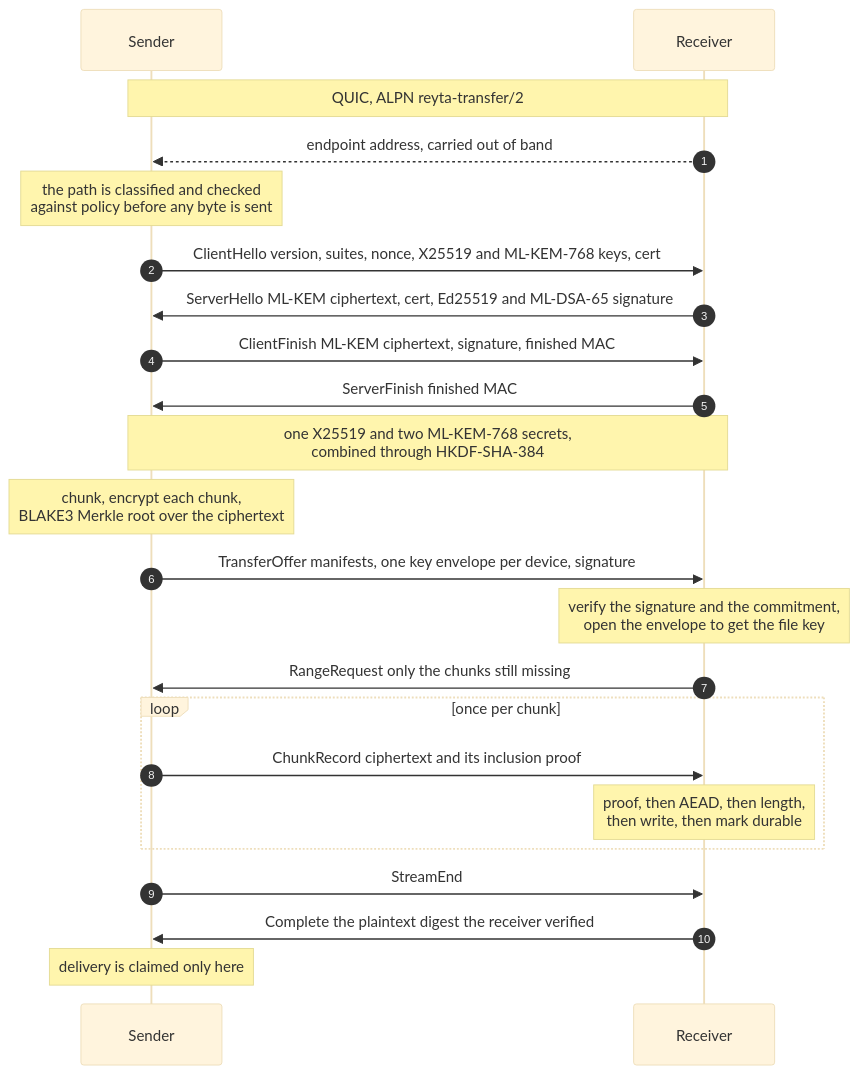
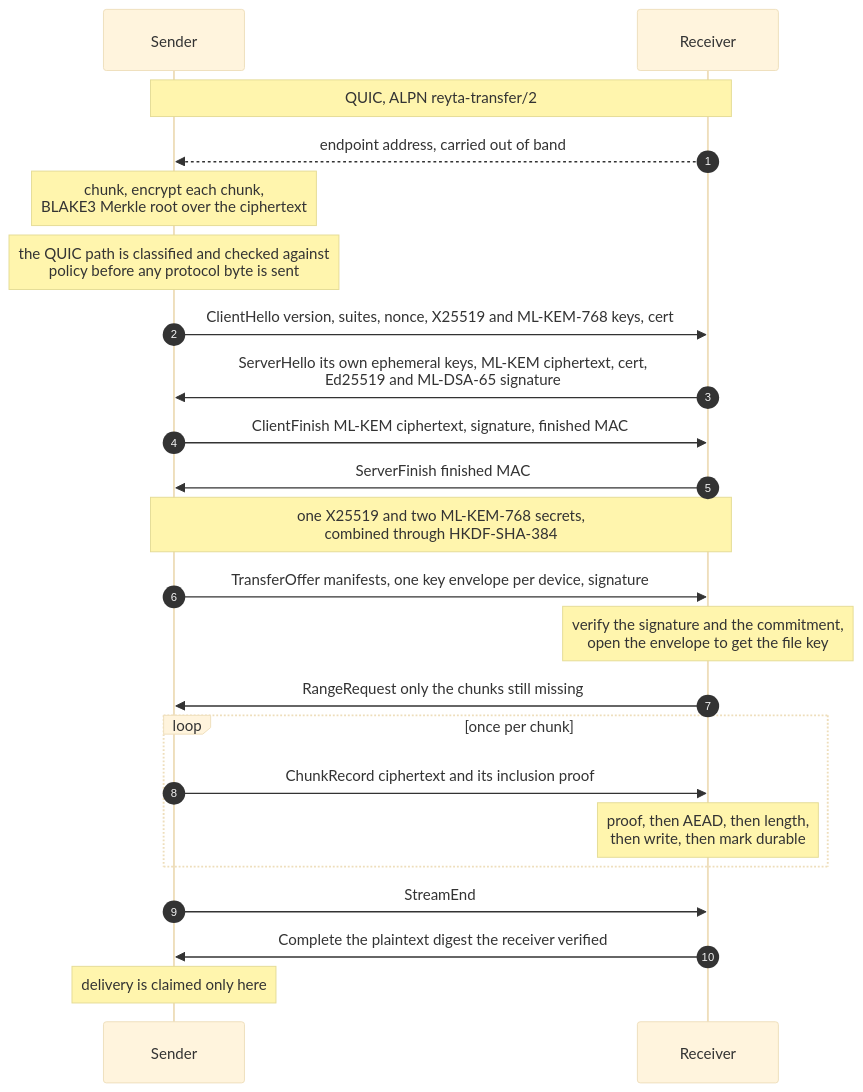
One commit to aspectflow/reyta-transfer-protocol changed the diagram in README.md. Above: the diagram before and after it, drawn with Mermaid (base theme).

Commit message:
Correct two notes in the sequence diagram
The diagram claimed the path is checked before any byte is sent. The QUIC
connection has to exist before its path can be classified, so transport
packets have already flowed; what the code guarantees is that no RTP/2
protocol byte leaves before the check. Say that.

It also placed chunking and the Merkle root after the handshake. They happen
before the connection is even opened; only the offer depends on them. The
note now sits where the work does.

ServerHello additionally carries the responder's own ephemeral keys, which is
why the schedule combines two ML-KEM secrets. The label now says so.

````diff
--- a/README.md
+++ b/README.md
@@ -90,30 +90,30 @@
 ```mermaid
 sequenceDiagram
     autonumber
     participant S as Sender
     participant R as Receiver
 
     Note over S,R: QUIC, ALPN reyta-transfer/2
     R-->>S: endpoint address, carried out of band
-    Note over S: the path is classified and checked<br/>against policy before any byte is sent
+    Note over S: chunk, encrypt each chunk,<br/>BLAKE3 Merkle root over the ciphertext
+    Note over S: the QUIC path is classified and checked against<br/>policy before any protocol byte is sent
 
     S->>R: ClientHello   version, suites, nonce, X25519 and ML-KEM-768 keys, cert
-    R->>S: ServerHello   ML-KEM ciphertext, cert, Ed25519 and ML-DSA-65 signature
+    R->>S: ServerHello   its own ephemeral keys, ML-KEM ciphertext, cert,<br/>Ed25519 and ML-DSA-65 signature
     S->>R: ClientFinish  ML-KEM ciphertext, signature, finished MAC
     R->>S: ServerFinish  finished MAC
     Note over S,R: one X25519 and two ML-KEM-768 secrets,<br/>combined through HKDF-SHA-384
 
-    Note over S: chunk, encrypt each chunk,<br/>BLAKE3 Merkle root over the ciphertext
     S->>R: TransferOffer  manifests, one key envelope per device, signature
     Note over R: verify the signature and the commitment,<br/>open the envelope to get the file key
 
     R->>S: RangeRequest  only the chunks still missing
     loop once per chunk
         S->>R: ChunkRecord  ciphertext and its inclusion proof
         Note over R: proof, then AEAD, then length,<br/>then write, then mark durable
     end
     S->>R: StreamEnd
     R->>S: Complete  the plaintext digest the receiver verified
 
     Note over S: delivery is claimed only here
 ```
````
